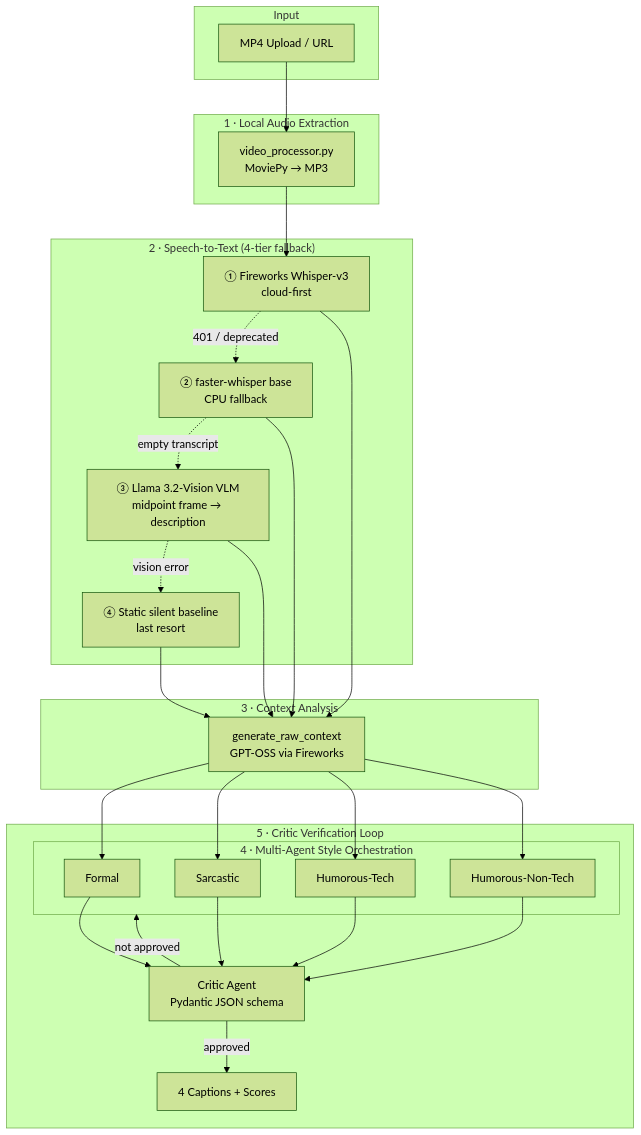
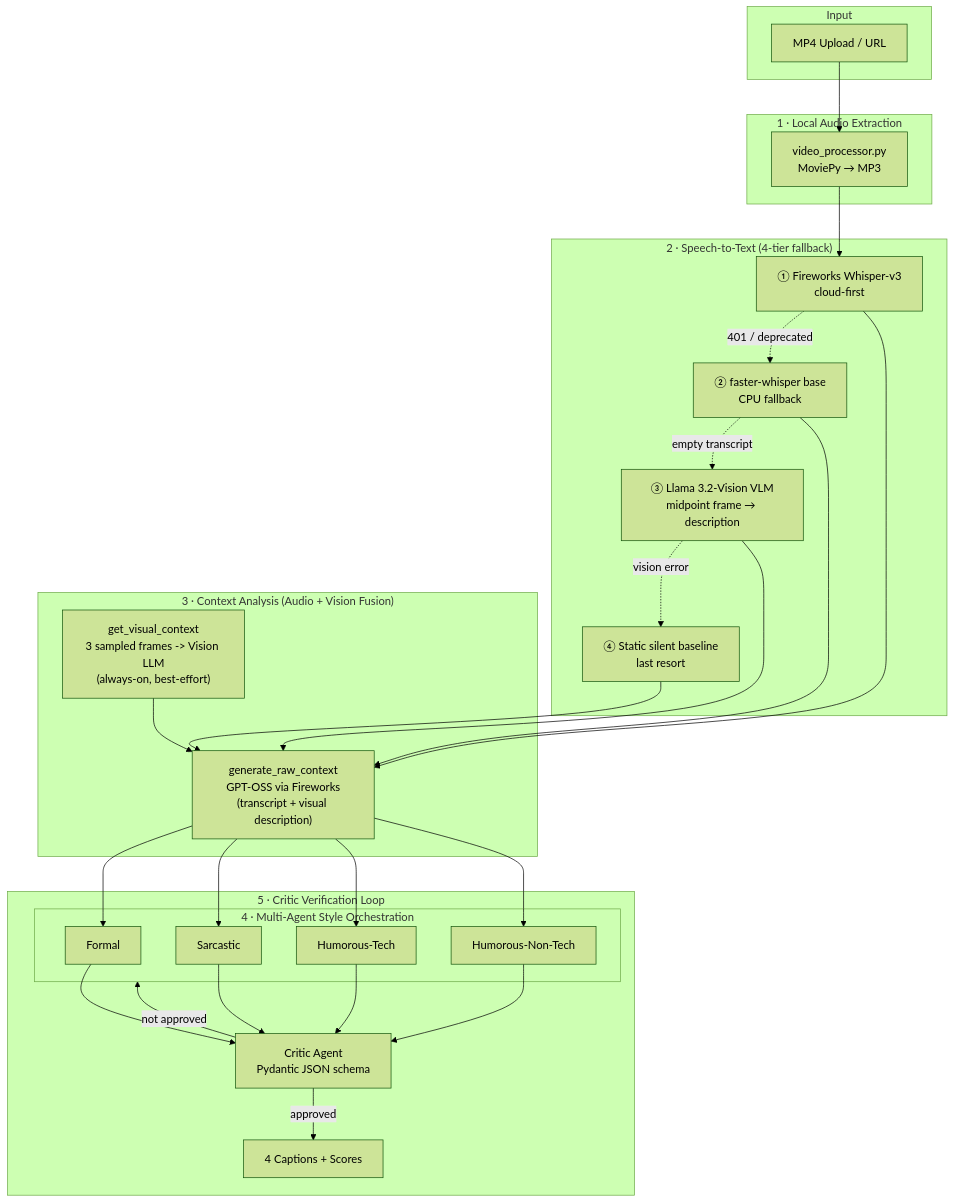
The diagram in README.md (abrsh43210/amd-caption-agent), drawn with Mermaid (forest theme) before and after one commit. The commit also changed other lines of this file and 8 other files, not shown here.

Commit message:
feat: add always-on audio+vision fusion, critic distinctness gate, and harness deployment tooling

````diff
--- a/README.md
+++ b/README.md
@@ -22,45 +26,47 @@
 ```mermaid
 flowchart TB
     subgraph Input
         MP4["MP4 Upload / URL"]
     end
 
     subgraph Step1["1 · Local Audio Extraction"]
         VP["video_processor.py\nMoviePy → MP3"]
     end
 
     subgraph Step2["2 · Speech-to-Text (4-tier fallback)"]
         FW["① Fireworks Whisper-v3\ncloud-first"]
         LW["② faster-whisper base\nCPU fallback"]
         VLM["③ Llama 3.2-Vision VLM\nmidpoint frame → description"]
         SB["④ Static silent baseline\nlast resort"]
         FW -.->|"401 / deprecated"| LW
         LW -.->|"empty transcript"| VLM
         VLM -.->|"vision error"| SB
     end
 
-    subgraph Step3["3 · Context Analysis"]
-        CTX["generate_raw_context\nGPT-OSS via Fireworks"]
+    subgraph Step3["3 · Context Analysis (Audio + Vision Fusion)"]
+        VIS["get_visual_context\n3 sampled frames -> Vision LLM\n(always-on, best-effort)"]
+        CTX["generate_raw_context\nGPT-OSS via Fireworks\n(transcript + visual description)"]
+        VIS --> CTX
     end
 
     subgraph Step4["4 · Multi-Agent Style Orchestration"]
         F[Formal]
         S[Sarcastic]
         HT[Humorous-Tech]
         HN[Humorous-Non-Tech]
     end
 
     subgraph Step5["5 · Critic Verification Loop"]
         CRIT["Critic Agent\nPydantic JSON schema"]
         CRIT -->|"not approved"| Step4
         CRIT -->|"approved"| OUT["4 Captions + Scores"]
     end
 
     MP4 --> VP --> FW
     FW --> CTX
     LW --> CTX
     VLM --> CTX
     SB --> CTX
     CTX --> F & S & HT & HN
     F & S & HT & HN --> CRIT
 ```
````
